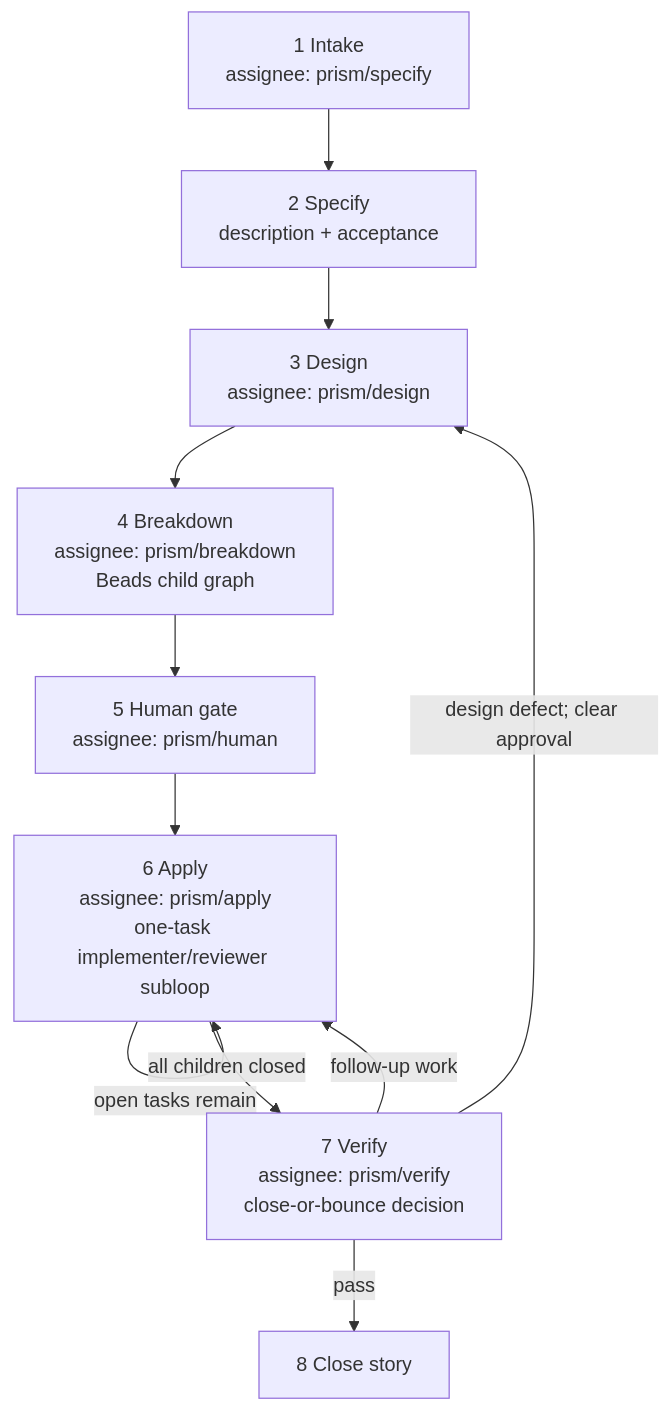
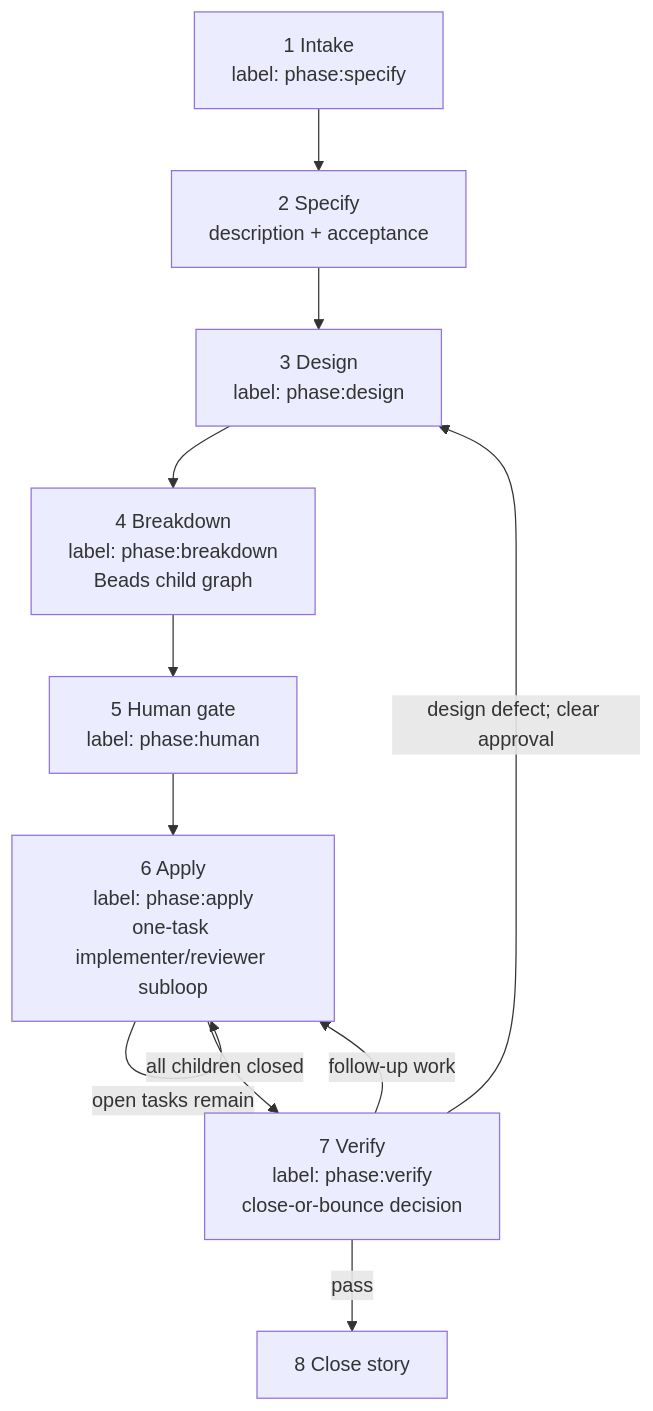
One commit to baldaworks/prism changed the diagram in plugins/prism/prefixed-skills/prism-lifecycle/references/lifecycle.md. Above: the diagram before and after it, drawn with Mermaid. The commit also changed other lines of this file and 30 other files, not shown here.

````diff
--- a/plugins/prism/prefixed-skills/prism-lifecycle/references/lifecycle.md
+++ b/plugins/prism/prefixed-skills/prism-lifecycle/references/lifecycle.md
@@ -15,18 +15,18 @@
 ```mermaid
 flowchart TB
-  I["1 Intake<br/>assignee: prism/specify"]
+  I["1 Intake<br/>label: phase:specify"]
   S["2 Specify<br/>description + acceptance"]
-  D["3 Design<br/>assignee: prism/design"]
-  B["4 Breakdown<br/>assignee: prism/breakdown<br/>Beads child graph"]
-  H["5 Human gate<br/>assignee: prism/human"]
-  A["6 Apply<br/>assignee: prism/apply<br/>one-task implementer/reviewer subloop"]
-  V["7 Verify<br/>assignee: prism/verify<br/>close-or-bounce decision"]
+  D["3 Design<br/>label: phase:design"]
+  B["4 Breakdown<br/>label: phase:breakdown<br/>Beads child graph"]
+  H["5 Human gate<br/>label: phase:human"]
+  A["6 Apply<br/>label: phase:apply<br/>one-task implementer/reviewer subloop"]
+  V["7 Verify<br/>label: phase:verify<br/>close-or-bounce decision"]
   C["8 Close story"]
 
   I --> S --> D --> B --> H --> A
   A -->|"open tasks remain"| A
   A -->|"all children closed"| V
   V -->|"follow-up work"| A
   V -->|"design defect; clear approval"| D
   V -->|"pass"| C
 ```
````
